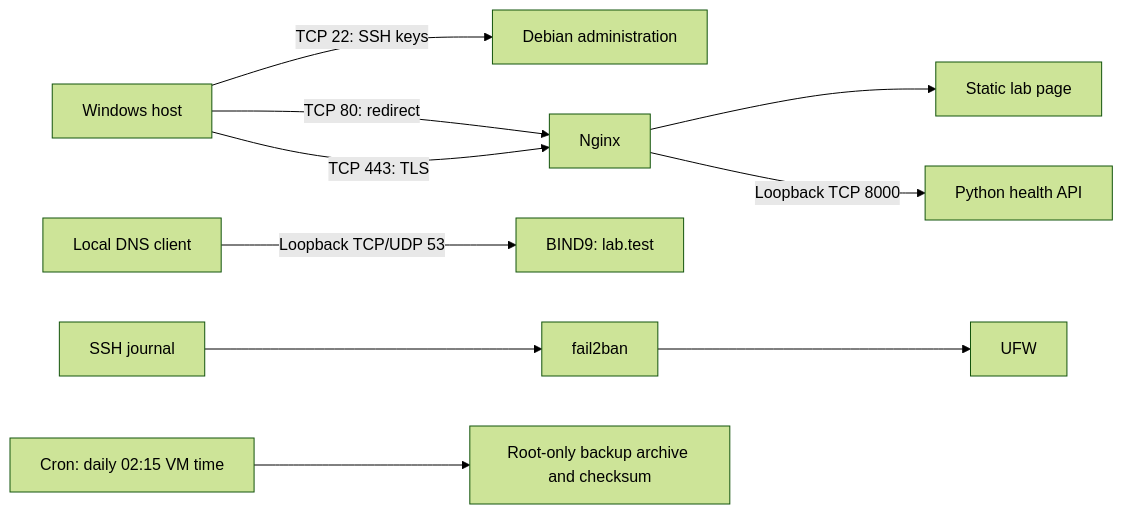
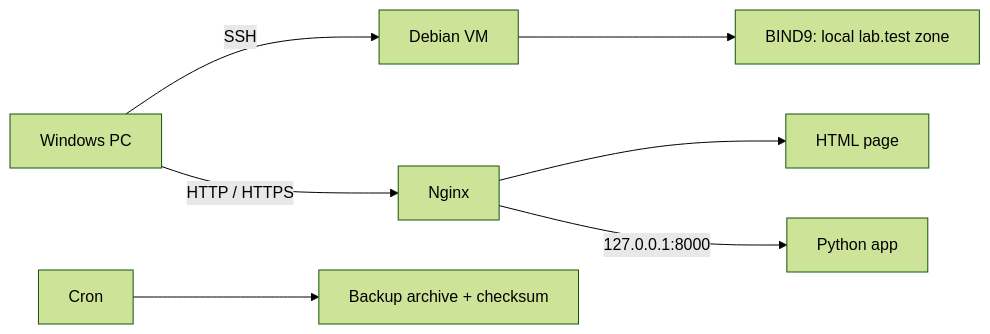
The diagram in README.md (abdennour112/debian-web-server-lab), drawn with Mermaid (forest theme) before and after one commit. The commit also changed other lines of this file and 1 other file, not shown here.

````diff
--- a/README.md
+++ b/README.md
@@ -9,12 +20,9 @@
 ```mermaid
 flowchart LR
-  Client[Windows host] -->|TCP 22: SSH keys| SSH[Debian administration]
-  Client -->|TCP 80: redirect| Nginx[Nginx]
-  Client -->|TCP 443: TLS| Nginx
-  Nginx --> Static[Static lab page]
-  Nginx -->|Loopback TCP 8000| App[Python health API]
-  Local[Local DNS client] -->|Loopback TCP/UDP 53| Bind[BIND9: lab.test]
-  Journal[SSH journal] --> Fail2ban[fail2ban]
-  Fail2ban --> Firewall[UFW]
-  Cron[Cron: daily 02:15 VM time] --> Backup[Root-only backup archive and checksum]
+    Windows[Windows PC] -->|SSH| Debian[Debian VM]
+    Windows -->|HTTP / HTTPS| Nginx
+    Nginx --> Page[HTML page]
+    Nginx -->|127.0.0.1:8000| Python[Python app]
+    Debian --> DNS[BIND9: local lab.test zone]
+    Cron --> Backup[Backup archive + checksum]
 ```
````
